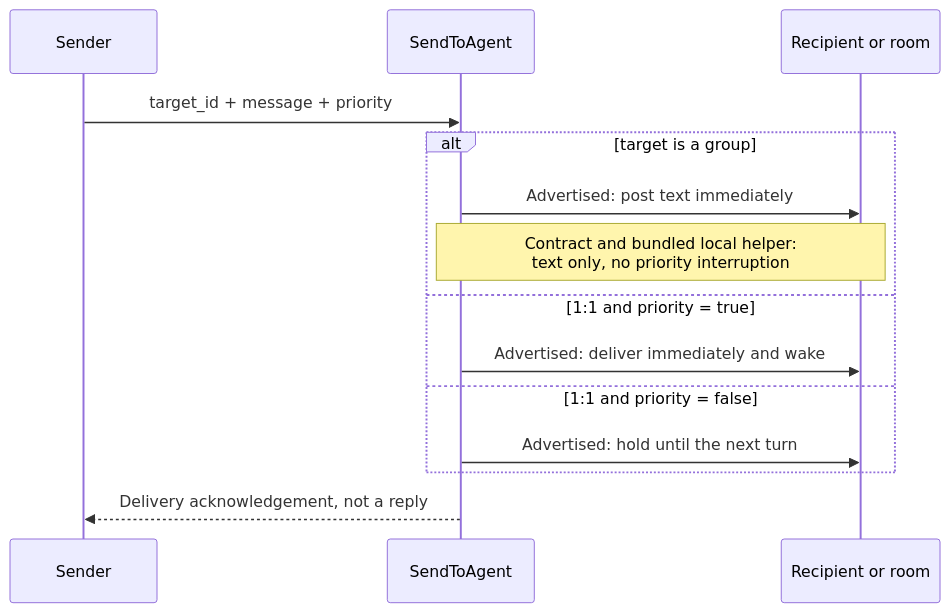
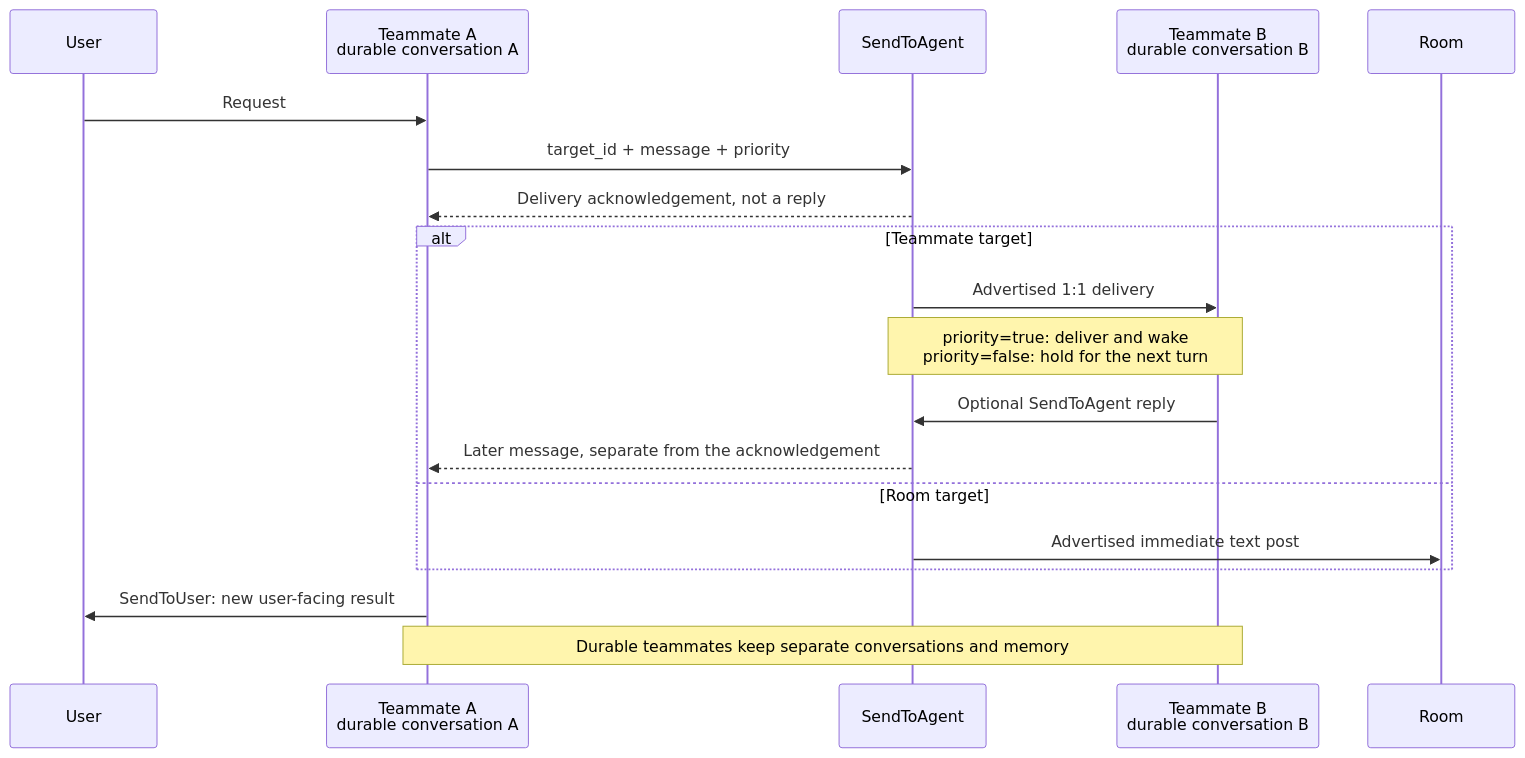
Before and after one commit to debidong/grok-bot-0.18-reconstructed: the first of 2 diagrams in docs/agent-teams-100-questions.md, drawn with Mermaid. The commit also changed other lines of this file, not shown here.

Commit message:
Simplify agent teams guide for product engineers

````diff
--- a/docs/agent-teams-100-questions.md
+++ b/docs/agent-teams-100-questions.md
@@ -68,16 +26,21 @@
 ```mermaid
 sequenceDiagram
-  participant A as Sender
+  participant U as User
+  participant A as Teammate A<br/>durable conversation A
   participant T as SendToAgent
-  participant R as Recipient or room
+  participant B as Teammate B<br/>durable conversation B
+  participant R as Room
+  U->>A: Request
   A->>T: target_id + message + priority
-  alt target is a group
-    T->>R: Advertised: post text immediately
-    Note over T,R: Contract and bundled local helper:<br/>text only, no priority interruption
-  else 1:1 and priority = true
-    T->>R: Advertised: deliver immediately and wake
-  else 1:1 and priority = false
-    T->>R: Advertised: hold until the next turn
+  T-->>A: Delivery acknowledgement, not a reply
+  alt Teammate target
+    T->>B: Advertised 1:1 delivery
+    Note over T,B: priority=true: deliver and wake<br/>priority=false: hold for the next turn
+    B->>T: Optional SendToAgent reply
+    T-->>A: Later message, separate from the acknowledgement
+  else Room target
+    T->>R: Advertised immediate text post
   end
-  T-->>A: Delivery acknowledgement, not a reply
+  A->>U: SendToUser: new user-facing result
+  Note over A,B: Durable teammates keep separate conversations and memory
 ```
````
